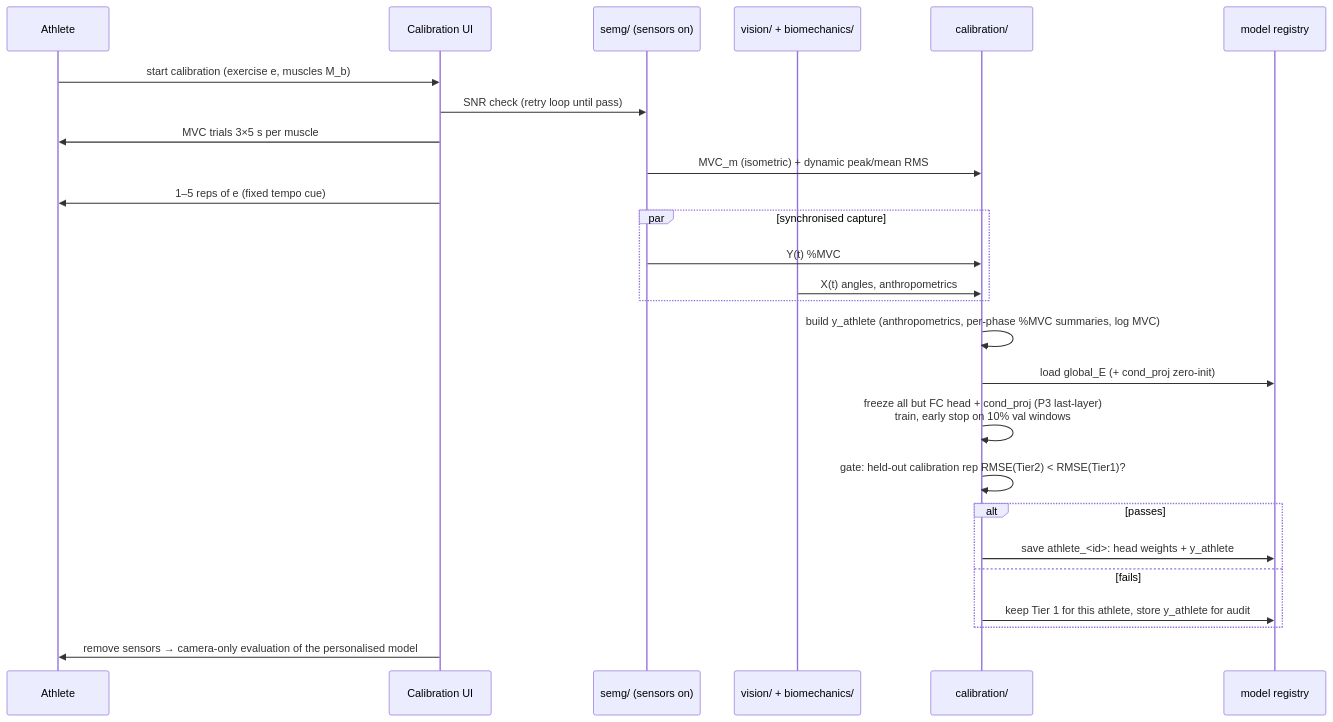
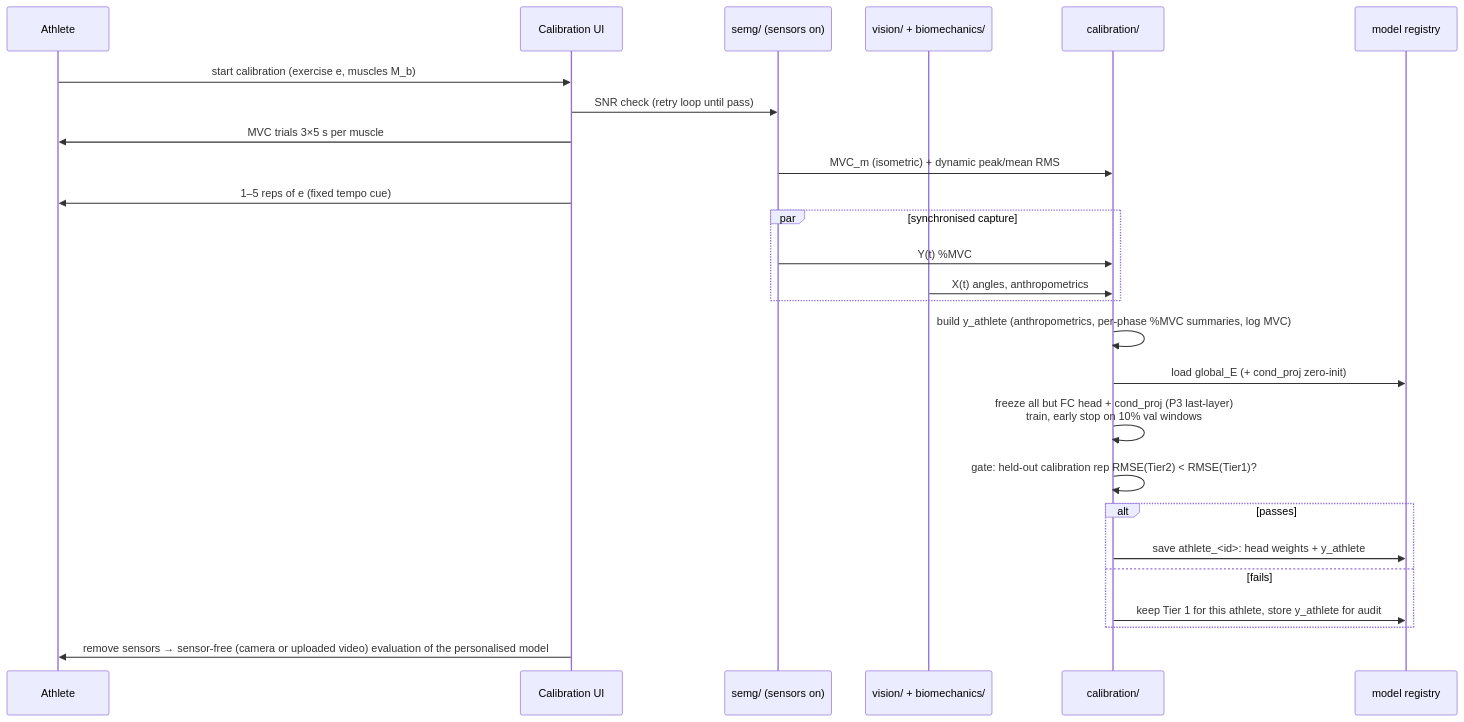
The fourth of 4 diagrams in docs/ARCHITECTURE_AND_PIPELINES.md (AayanSethi0503/MyoMotion), drawn with Mermaid before and after one commit. The commit also changed other lines of this file and 28 other files, not shown here.

````diff
--- a/docs/ARCHITECTURE_AND_PIPELINES.md
+++ b/docs/ARCHITECTURE_AND_PIPELINES.md
@@ -155,28 +155,28 @@
 ```mermaid
 sequenceDiagram
   participant U as Athlete
   participant App as Calibration UI
   participant S as semg/ (sensors on)
   participant V as vision/ + biomechanics/
   participant C as calibration/
   participant R as model registry
   U->>App: start calibration (exercise e, muscles M_b)
   App->>S: SNR check (retry loop until pass)
   App->>U: MVC trials 3×5 s per muscle
   S->>C: MVC_m (isometric) + dynamic peak/mean RMS
   App->>U: 1–5 reps of e (fixed tempo cue)
   par synchronised capture
     S->>C: Y(t) %MVC
     V->>C: X(t) angles, anthropometrics
   end
   C->>C: build y_athlete (anthropometrics, per-phase %MVC summaries, log MVC)
   C->>R: load global_E (+ cond_proj zero-init)
   C->>C: freeze all but FC head + cond_proj (P3 last-layer)<br/>train, early stop on 10% val windows
   C->>C: gate: held-out calibration rep RMSE(Tier2) < RMSE(Tier1)?
   alt passes
     C->>R: save athlete_<id>: head weights + y_athlete
   else fails
     C->>R: keep Tier 1 for this athlete, store y_athlete for audit
   end
-  App->>U: remove sensors → camera-only evaluation of the personalised model
+  App->>U: remove sensors → sensor-free (camera or uploaded video) evaluation of the personalised model
 ```
````
